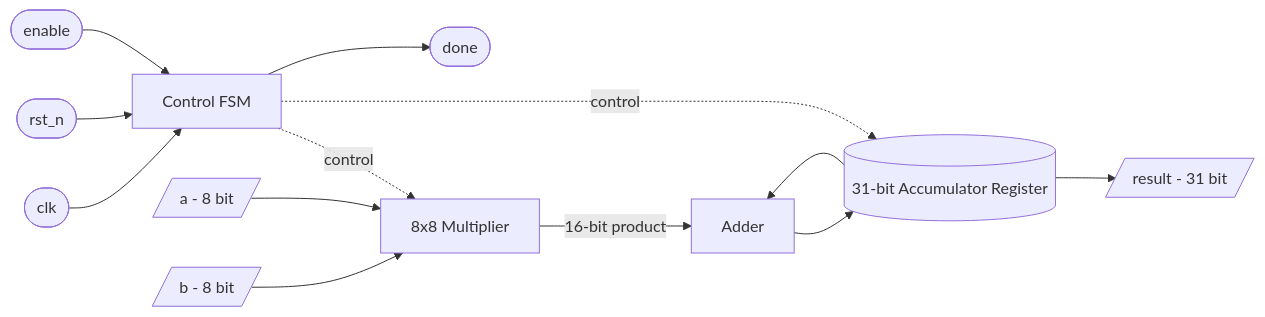
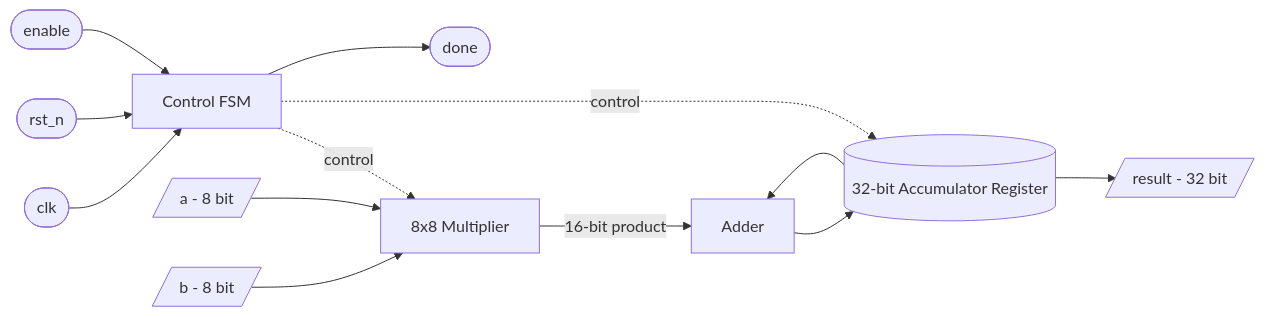
The first of 2 diagrams in README.md (Venom893/Low-Power-MAC-Sky130--RTL-to-GDSII), drawn with Mermaid before and after one commit. The commit also changed other lines of this file, not shown here.

Commit message:
update
Updated the accumulator register size from 31 bits to 32 bits in the README.

````diff
--- a/README.md
+++ b/README.md
@@ -64,18 +64,18 @@
 ```mermaid
 flowchart LR
     CLK([clk]) --> CTRL[Control FSM]
     RSTN([rst_n]) --> CTRL
     EN([enable]) --> CTRL
 
     A[/a - 8 bit/] --> MUL[8x8 Multiplier]
     B[/b - 8 bit/] --> MUL
 
     MUL -->|16-bit product| ADD[Adder]
-    ACC[(31-bit Accumulator Register)] --> ADD
+    ACC[(32-bit Accumulator Register)] --> ADD
     ADD --> ACC
 
     CTRL -.control.-> MUL
     CTRL -.control.-> ACC
     CTRL --> DONE([done])
-    ACC --> RES[/result - 31 bit/]
+    ACC --> RES[/result - 32 bit/]
 ```
````
